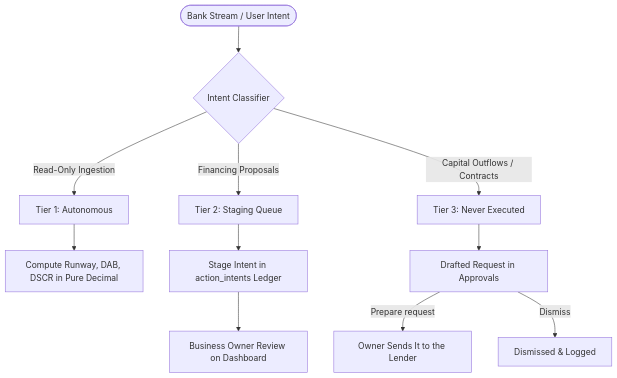
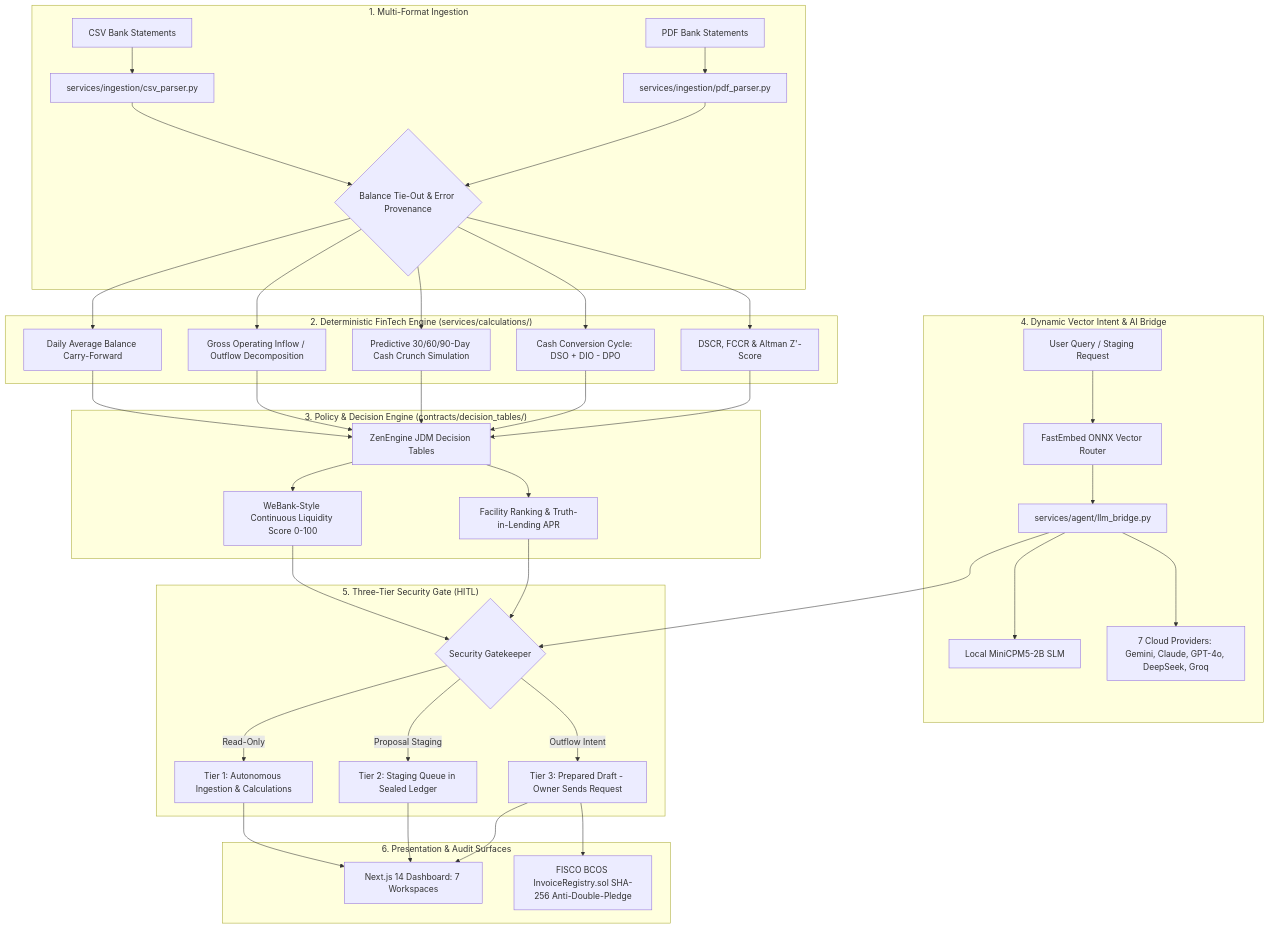
One commit to SamJU25/CashPilot changed the diagram in README.md. Above: the diagram before and after it, drawn with Mermaid. The commit also changed other lines of this file and 1 other file, not shown here.

Commit message:
docs(readme): add detailed dependencies specification, architecture diagram, and environment reference

````diff
--- a/README.md
+++ b/README.md
@@ -117,16 +59,42 @@
 ```mermaid
 flowchart TD
-    Trigger([Bank Stream / User Intent]) --> Gate{Intent Classifier}
-    
-    Gate -->|Read-Only Ingestion| T1[Tier 1: Autonomous]
-    T1 --> S1[Compute Runway, DAB, DSCR in Pure Decimal]
-    
-    Gate -->|Financing Proposals| T2[Tier 2: Staging Queue]
-    T2 --> S2[Stage Intent in action_intents Ledger]
-    S2 --> Dashboard[Business Owner Review on Dashboard]
-    
-    Gate -->|Capital Outflows / Contracts| T3[Tier 3: Never Executed]
-    T3 --> Draft[Drafted Request in Approvals]
-    Draft -->|Prepare request| Owner[Owner Sends It to the Lender]
-    Draft -->|Dismiss| Halt[Dismissed & Logged]
+    subgraph Ingestion ["1. Multi-Format Ingestion"]
+        CSV[CSV Bank Statements] --> Parser[services/ingestion/csv_parser.py]
+        PDF[PDF Bank Statements] --> PDFParser[services/ingestion/pdf_parser.py]
+        Parser --> TieOut{Balance Tie-Out & Error Provenance}
+        PDFParser --> TieOut
+    end
+
+    subgraph Engines ["2. Deterministic FinTech Engine (services/calculations/)"]
+        TieOut --> DAB[Daily Average Balance Carry-Forward]
+        TieOut --> Flow[Gross Operating Inflow / Outflow Decomposition]
+        TieOut --> Crunch[Predictive 30/60/90-Day Cash Crunch Simulation]
+        TieOut --> CCC[Cash Conversion Cycle: DSO + DIO - DPO]
+        TieOut --> Solvency[DSCR, FCCR & Altman Z'-Score]
+    end
+
+    subgraph Policies ["3. Policy & Decision Engine (contracts/decision_tables/)"]
+        DAB & Flow & Crunch & CCC & Solvency --> Zen[ZenEngine JDM Decision Tables]
+        Zen --> Underwrite[WeBank-Style Continuous Liquidity Score 0-100]
+        Zen --> FacilityMatch[Facility Ranking & Truth-in-Lending APR]
+    end
+
+    subgraph Routing ["4. Dynamic Vector Intent & AI Bridge"]
+        UserMsg[User Query / Staging Request] --> FastEmbed[FastEmbed ONNX Vector Router]
+        FastEmbed --> Bridge[services/agent/llm_bridge.py]
+        Bridge --> LocalSLM[Local MiniCPM5-2B SLM]
+        Bridge --> CloudLLM[7 Cloud Providers: Gemini, Claude, GPT-4o, DeepSeek, Groq]
+    end
+
+    subgraph SecurityGate ["5. Three-Tier Security Gate (HITL)"]
+        Underwrite & FacilityMatch & Bridge --> Gate{Security Gatekeeper}
+        Gate -->|Read-Only| T1[Tier 1: Autonomous Ingestion & Calculations]
+        Gate -->|Proposal Staging| T2[Tier 2: Staging Queue in Sealed Ledger]
+        Gate -->|Outflow Intent| T3[Tier 3: Prepared Draft - Owner Sends Request]
+    end
+
+    subgraph Surfaces ["6. Presentation & Audit Surfaces"]
+        T1 & T2 & T3 --> Dashboard[Next.js 14 Dashboard: 7 Workspaces]
+        T3 --> FISCO[FISCO BCOS InvoiceRegistry.sol SHA-256 Anti-Double-Pledge]
+    end
 ```
````
